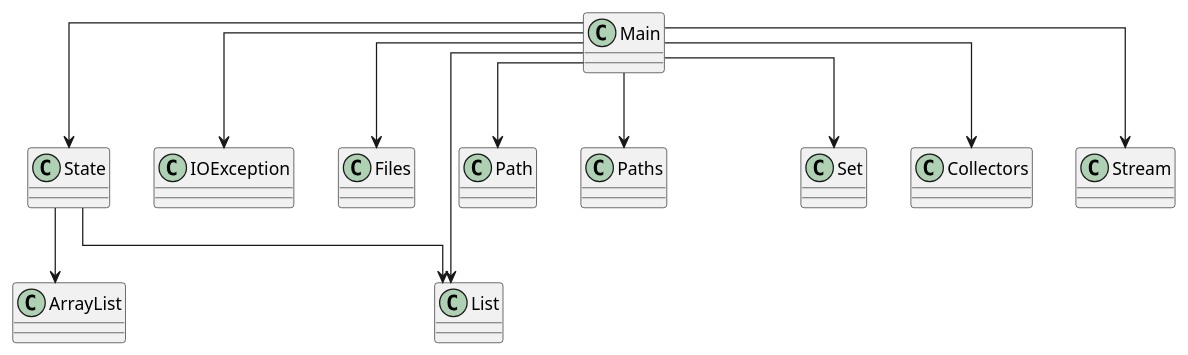
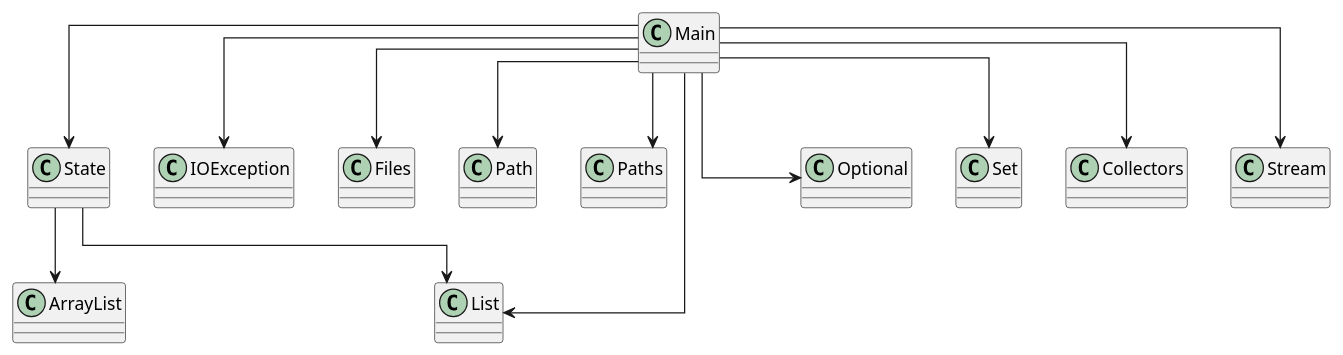
Before and after one commit to Magma-Foundation/Magma: the diagram in diagram.puml, drawn with PlantUML. The commit also changed 1 other file, not shown here.

```diff
--- a/diagram.puml
+++ b/diagram.puml
@@ -1,16 +1,17 @@
 @startuml
 skinparam linetype ortho
 class Main
 Main --> State
 Main --> IOException
 Main --> Files
 Main --> Path
 Main --> Paths
 Main --> List
+Main --> Optional
 Main --> Set
 Main --> Collectors
 Main --> Stream
 class State
 State --> ArrayList
 State --> List
 @enduml
```
